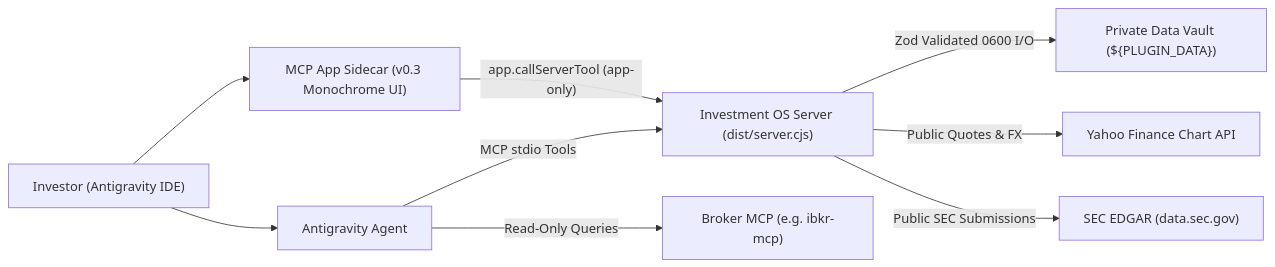
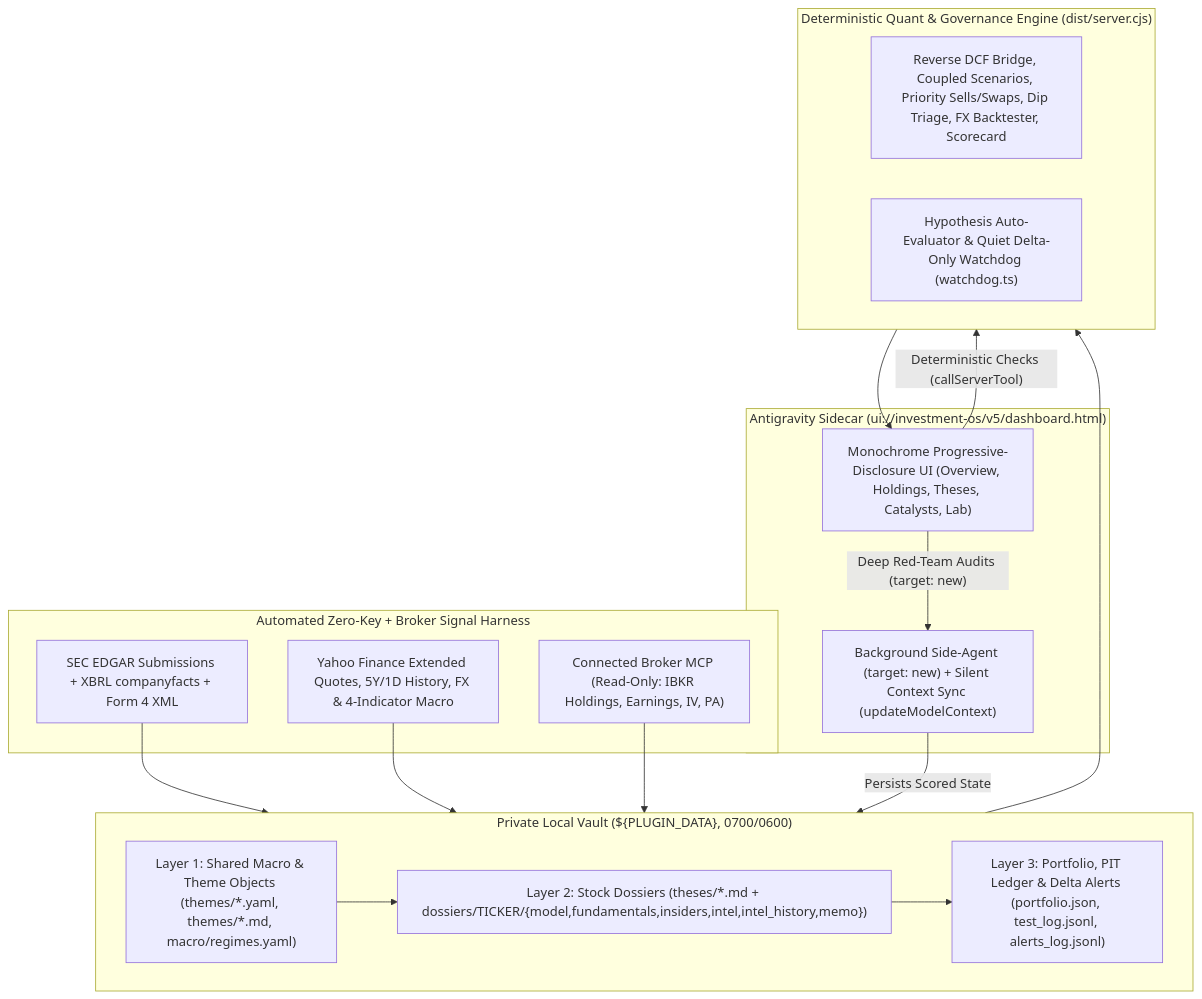
One commit to bakzs/investment-os-plugin changed the diagram in docs/DESIGN.md. Above: the diagram before and after it, drawn with Mermaid. The commit also changed other lines of this file and 25 other files, not shown here.

Commit message:
feat: Investment OS v0.5 Quantamental Personal CIO Harness

````diff
--- a/docs/DESIGN.md
+++ b/docs/DESIGN.md
@@ -7,13 +7,35 @@
 ```mermaid
-flowchart LR
-  User["Investor (Antigravity IDE)"] --> Chat["Antigravity Agent"]
-  User --> Sidecar["MCP App Sidecar (v0.3 Monochrome UI)"]
+flowchart TB
+  subgraph Signals["Automated Zero-Key + Broker Signal Harness"]
+    SEC["SEC EDGAR Submissions + XBRL companyfacts + Form 4 XML"]
+    YF["Yahoo Finance Extended Quotes, 5Y/1D History, FX & 4-Indicator Macro"]
+    IBKR["Connected Broker MCP (Read-Only: IBKR Holdings, Earnings, IV, PA)"]
+  end
 
-  Chat -->|"MCP stdio Tools"| Server["Investment OS Server (dist/server.cjs)"]
-  Sidecar -->|"app.callServerTool (app-only)"| Server
-  Chat -->|"Read-Only Queries"| Broker["Broker MCP (e.g. ibkr-mcp)"]
+  subgraph Vault["Private Local Vault (${PLUGIN_DATA}, 0700/0600)"]
+    L1["Layer 1: Shared Macro & Theme Objects (themes/*.yaml, themes/*.md, macro/regimes.yaml)"]
+    L2["Layer 2: Stock Dossiers (theses/*.md + dossiers/TICKER/{model,fundamentals,insiders,intel,intel_history,memo})"]
+    L3["Layer 3: Portfolio, PIT Ledger & Delta Alerts (portfolio.json, test_log.jsonl, alerts_log.jsonl)"]
+  end
 
-  Server -->|"Zod Validated 0600 I/O"| Vault["Private Data Vault (${PLUGIN_DATA})"]
-  Server -->|"Public Quotes & FX"| Yahoo["Yahoo Finance Chart API"]
-  Server -->|"Public SEC Submissions"| Edgar["SEC EDGAR (data.sec.gov)"]
+  subgraph Engine["Deterministic Quant & Governance Engine (dist/server.cjs)"]
+    Quant["Reverse DCF Bridge, Coupled Scenarios, Priority Sells/Swaps, Dip Triage, FX Backtester, Scorecard"]
+    Watchdog["Hypothesis Auto-Evaluator & Quiet Delta-Only Watchdog (watchdog.ts)"]
+  end
+
+  subgraph UX["Antigravity Sidecar (ui://investment-os/v5/dashboard.html)"]
+    UI["Monochrome Progressive-Disclosure UI (Overview, Holdings, Theses, Catalysts, Lab)"]
+    BgAgent["Background Side-Agent (target: new) + Silent Context Sync (updateModelContext)"]
+  end
+
+  SEC --> Vault
+  YF --> Vault
+  IBKR --> Vault
+  L1 --> L2
+  L2 --> L3
+  Vault --> Engine
+  Engine --> UI
+  UI -->|"Deterministic Checks (callServerTool)"| Engine
+  UI -->|"Deep Red-Team Audits (target: new)"| BgAgent
+  BgAgent -->|"Persists Scored State"| Vault
 ```
````
